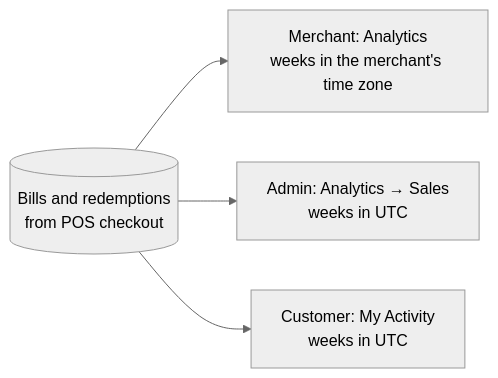
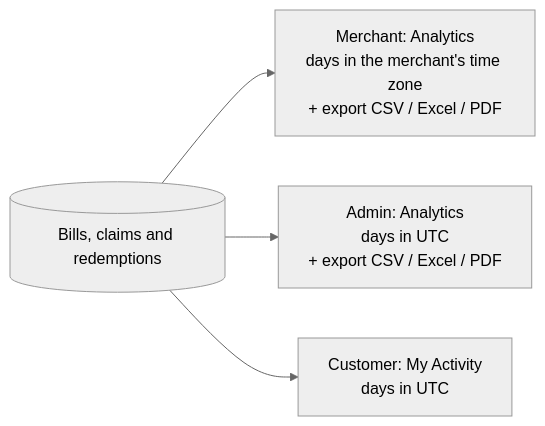
One commit to patelzz007/nestjs-nextjs-turborepo-starter-kit changed the diagram in docs/user-guide/08-analytics.md. Above: the diagram before and after it, drawn with Mermaid (neutral theme). The commit also changed other lines of this file and 227 other files, not shown here.

````diff
--- a/docs/user-guide/08-analytics.md
+++ b/docs/user-guide/08-analytics.md
@@ -15,6 +16,6 @@
 ```mermaid
 flowchart LR
-    S[(Bills and redemptions<br/>from POS checkout)] --> M[Merchant: Analytics<br/>weeks in the merchant's time zone]
-    S --> A[Admin: Analytics → Sales<br/>weeks in UTC]
-    S --> C[Customer: My Activity<br/>weeks in UTC]
+    S[(Bills, claims and redemptions)] --> M[Merchant: Analytics<br/>days in the merchant's time zone<br/>+ export CSV / Excel / PDF]
+    S --> A[Admin: Analytics<br/>days in UTC<br/>+ export CSV / Excel / PDF]
+    S --> C[Customer: My Activity<br/>days in UTC]
 ```
````
